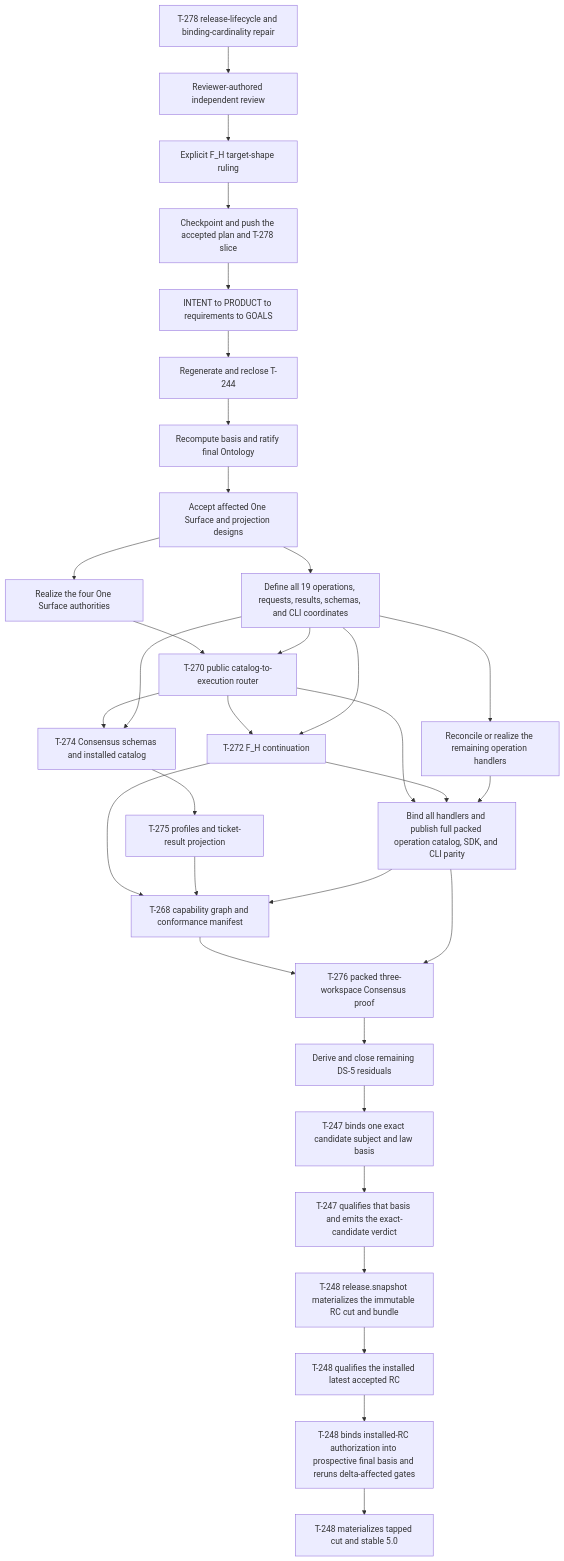
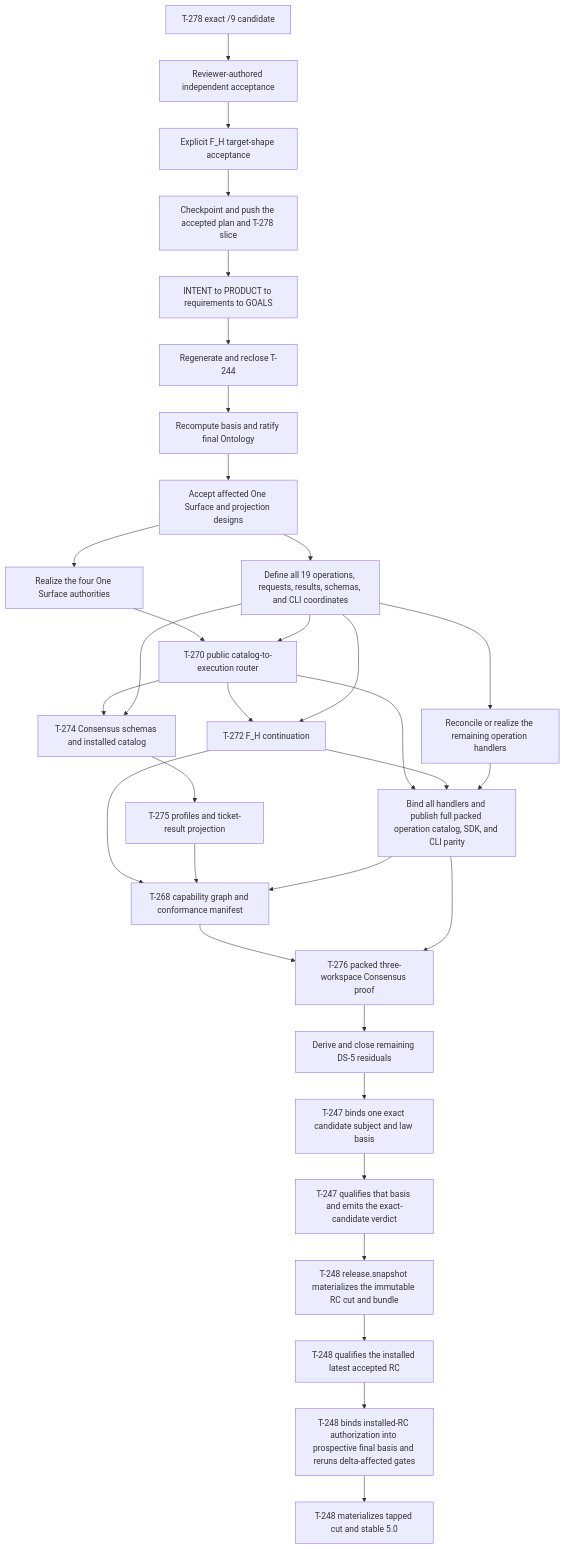
Before and after one commit to foolishimp/abiogenesis: the diagram in specification/GOALS.md, drawn with Mermaid. The commit also changed other lines of this file and 2 other files, not shown here.

Commit message:
docs(t278): record accepted 5.0 target shape

````diff
--- a/specification/GOALS.md
+++ b/specification/GOALS.md
@@ -135,35 +137,35 @@
 ```mermaid
 flowchart TD
-  A[T-278 release-lifecycle and binding-cardinality repair] --> A2[Reviewer-authored independent review]
-  A2 --> A3[Explicit F_H target-shape ruling]
+  A[T-278 exact /9 candidate] --> A2[Reviewer-authored independent acceptance]
+  A2 --> A3[Explicit F_H target-shape acceptance]
   A3 --> S[Checkpoint and push the accepted plan and T-278 slice]
   S --> B[INTENT to PRODUCT to requirements to GOALS]
   B --> C[Regenerate and reclose T-244]
   C --> D[Recompute basis and ratify final Ontology]
   D --> E[Accept affected One Surface and projection designs]
   E --> O[Realize the four One Surface authorities]
   E --> P1[Define all 19 operations, requests, results, schemas, and CLI coordinates]
   O --> F[T-270 public catalog-to-execution router]
   P1 --> F
   P1 --> Q[Reconcile or realize the remaining operation handlers]
   F --> G[T-272 F_H continuation]
   P1 --> G
   F --> H[T-274 Consensus schemas and installed catalog]
   P1 --> H
   H --> I[T-275 profiles and ticket-result projection]
   F --> P2[Bind all handlers and publish full packed operation catalog, SDK, and CLI parity]
   G --> P2
   Q --> P2
   G --> J[T-268 capability graph and conformance manifest]
   I --> J
   P2 --> J
   J --> K[T-276 packed three-workspace Consensus proof]
   P2 --> K
   K --> L[Derive and close remaining DS-5 residuals]
   L --> B1[T-247 binds one exact candidate subject and law basis]
   B1 --> B2[T-247 qualifies that basis and emits the exact-candidate verdict]
   B2 --> R[T-248 release.snapshot materializes the immutable RC cut and bundle]
   R --> V[T-248 qualifies the installed latest accepted RC]
   V --> F1[T-248 binds installed-RC authorization into prospective final basis and reruns delta-affected gates]
   F1 --> N[T-248 materializes tapped cut and stable 5.0]
 ```
````
